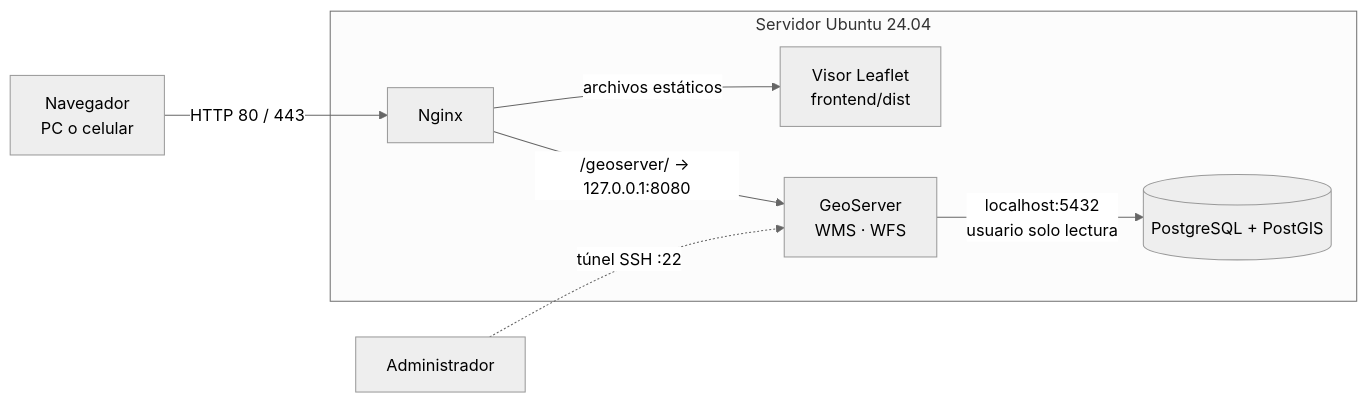
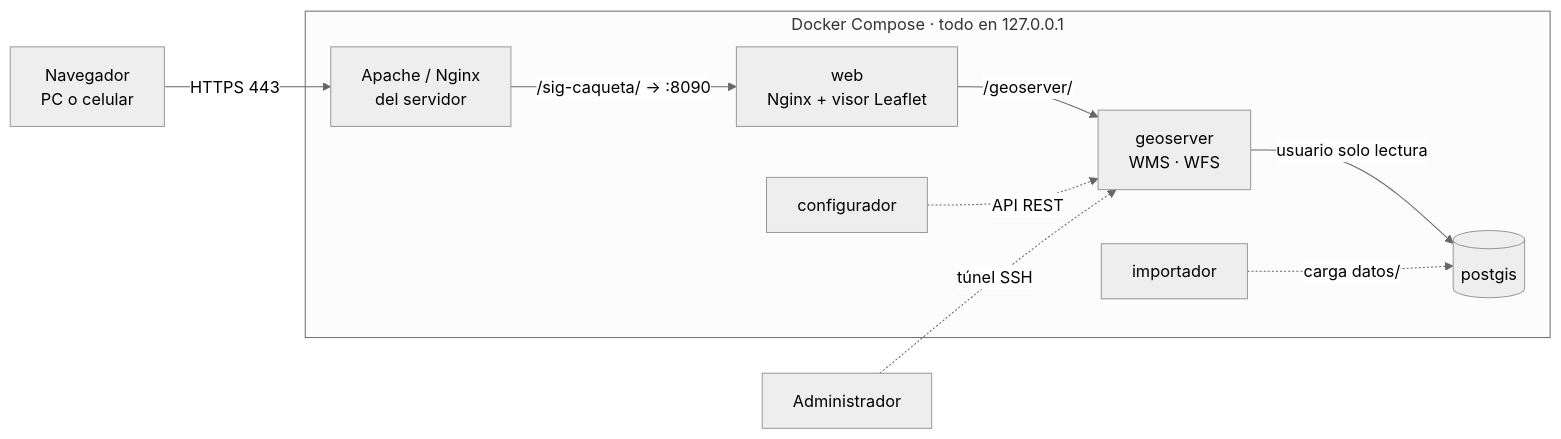
One commit to canon4/sig-web-caqueta changed the diagram in README.md. Above: the diagram before and after it, drawn with Mermaid (neutral theme). The commit also changed other lines of this file and 16 other files, not shown here.

First line of the commit message:
Despliegue con Docker Compose e integración con Apache

````diff
--- a/README.md
+++ b/README.md
@@ -8,10 +8,12 @@
 ```mermaid
 flowchart LR
-  U[Navegador<br/>PC o celular] -->|HTTP 80 / 443| N[Nginx]
-  subgraph VM [Servidor Ubuntu 24.04]
-    N -->|archivos estáticos| W[Visor Leaflet<br/>frontend/dist]
-    N -->|/geoserver/ → 127.0.0.1:8080| G[GeoServer<br/>WMS · WFS]
-    G -->|localhost:5432<br/>usuario solo lectura| P[(PostgreSQL + PostGIS)]
+  U[Navegador<br/>PC o celular] -->|HTTPS 443| AP[Apache / Nginx<br/>del servidor]
+  subgraph DC [Docker Compose · todo en 127.0.0.1]
+    AP -->|/sig-caqueta/ → :8090| W[web<br/>Nginx + visor Leaflet]
+    W -->|/geoserver/| G[geoserver<br/>WMS · WFS]
+    G -->|usuario solo lectura| P[(postgis)]
+    I[importador] -.->|carga datos/| P
+    C[configurador] -.->|API REST| G
   end
-  A[Administrador] -.->|túnel SSH :22| G
+  A[Administrador] -.->|túnel SSH| G
 ```
````
